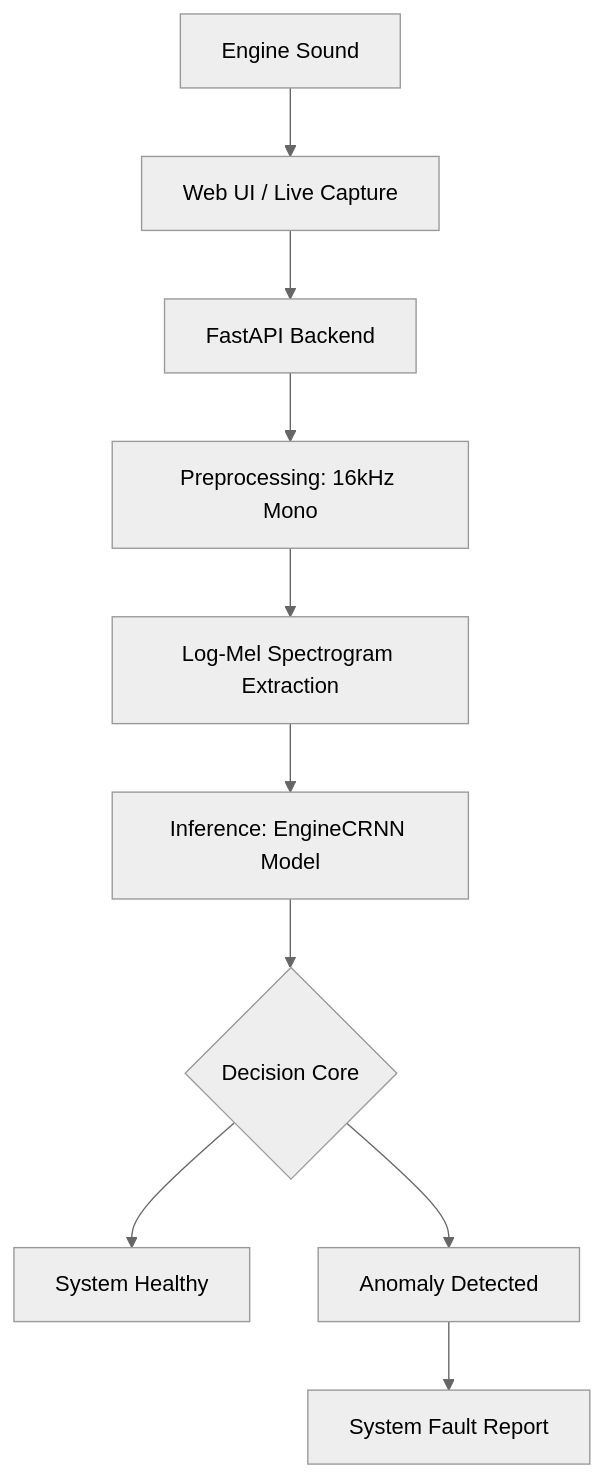
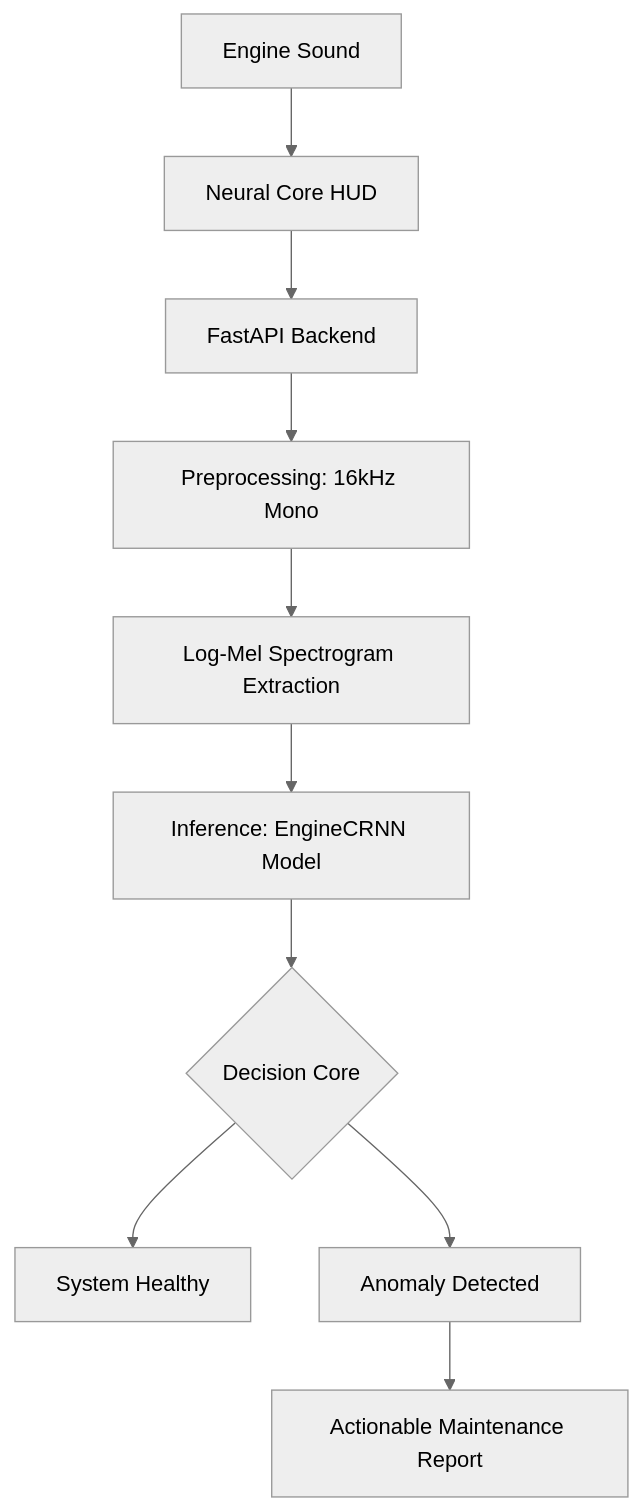
The diagram in README.md (A3M-IS/car-fault-detection), drawn with Mermaid (neutral theme) before and after one commit. The commit also changed other lines of this file and 22 other files, not shown here.

````diff
--- a/README.md
+++ b/README.md
@@ -46,12 +47,12 @@
 ```mermaid
 graph TD
-    A[Engine Sound] --> B[Web UI / Live Capture]
+    A[Engine Sound] --> B[Neural Core HUD]
     B --> C[FastAPI Backend]
     C --> D[Preprocessing: 16kHz Mono]
     D --> E[Log-Mel Spectrogram Extraction]
     E --> F[Inference: EngineCRNN Model]
     F --> G{Decision Core}
     G --> H[System Healthy]
     G --> I[Anomaly Detected]
-    I --> J[System Fault Report]
+    I --> J[Actionable Maintenance Report]
 ```
````
